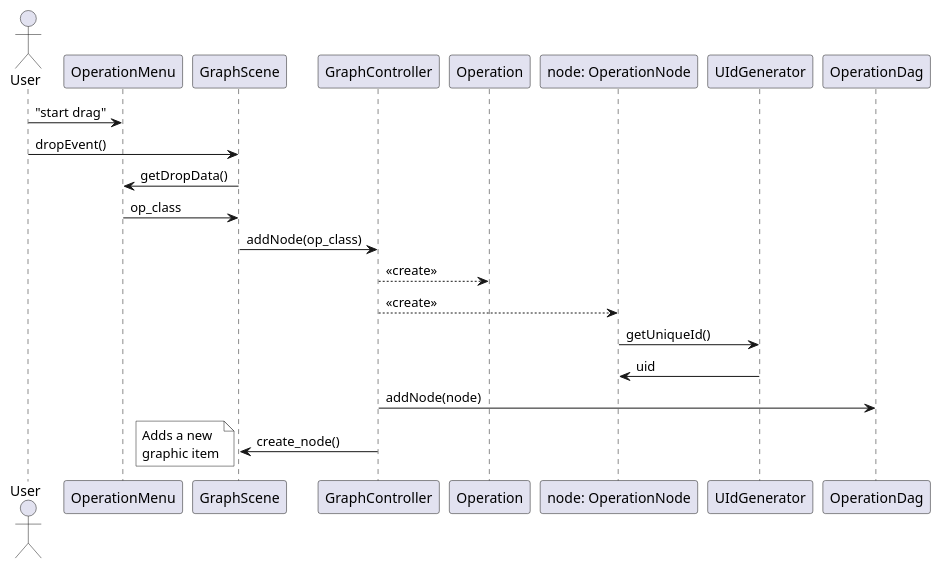
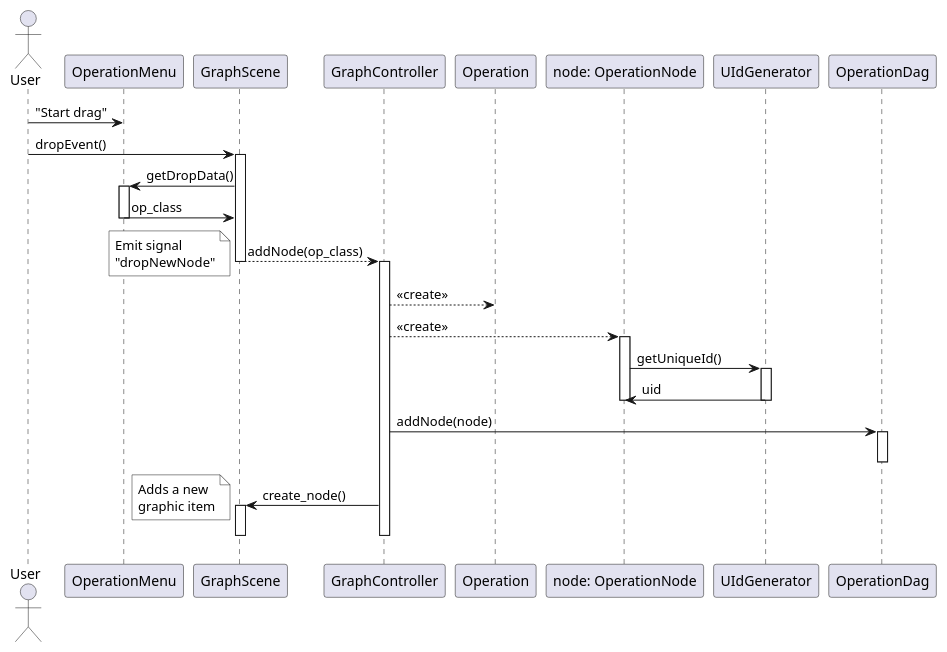
Before and after one commit to alezanga/dataMole: the first of 7 diagrams in uml/controller.puml, drawn with PlantUML. The commit also changed other lines of this file and 172 other files, not shown here.

```diff
--- a/uml/controller.puml
+++ b/uml/controller.puml
@@ -1,18 +1,36 @@
 @startuml operation_add
 
 actor User
 
-User -> OperationMenu: "start drag"
+User -> OperationMenu: "Start drag"
 User -> GraphScene: dropEvent()
+activate GraphScene
 GraphScene -> OperationMenu: getDropData()
+activate OperationMenu
 GraphScene <- OperationMenu: op_class
-GraphScene -> GraphController: addNode(op_class)
+deactivate OperationMenu
+GraphScene --> GraphController: addNode(op_class)
+deactivate GraphScene
+note left #White
+Emit signal
+"dropNewNode"
+endnote
+activate GraphController
 GraphController --> Operation: <<create>>
-GraphController --> "node: OperationNode": <<create>>
-"node: OperationNode" -> UIdGenerator: getUniqueId()
-"node: OperationNode" <- UIdGenerator: uid
+GraphController --> "node: OperationNode" as ON: <<create>>
+activate ON
+ON -> UIdGenerator: getUniqueId()
+activate UIdGenerator
+ON <- UIdGenerator: uid
+deactivate UIdGenerator
+deactivate ON
 GraphController -> OperationDag: addNode(node)
+activate OperationDag
+deactivate OperationDag
 GraphController -> GraphScene: create_node()
+activate GraphScene
 note left #White: Adds a new\ngraphic item
+deactivate GraphScene
+deactivate GraphController
 
 @enduml
```
